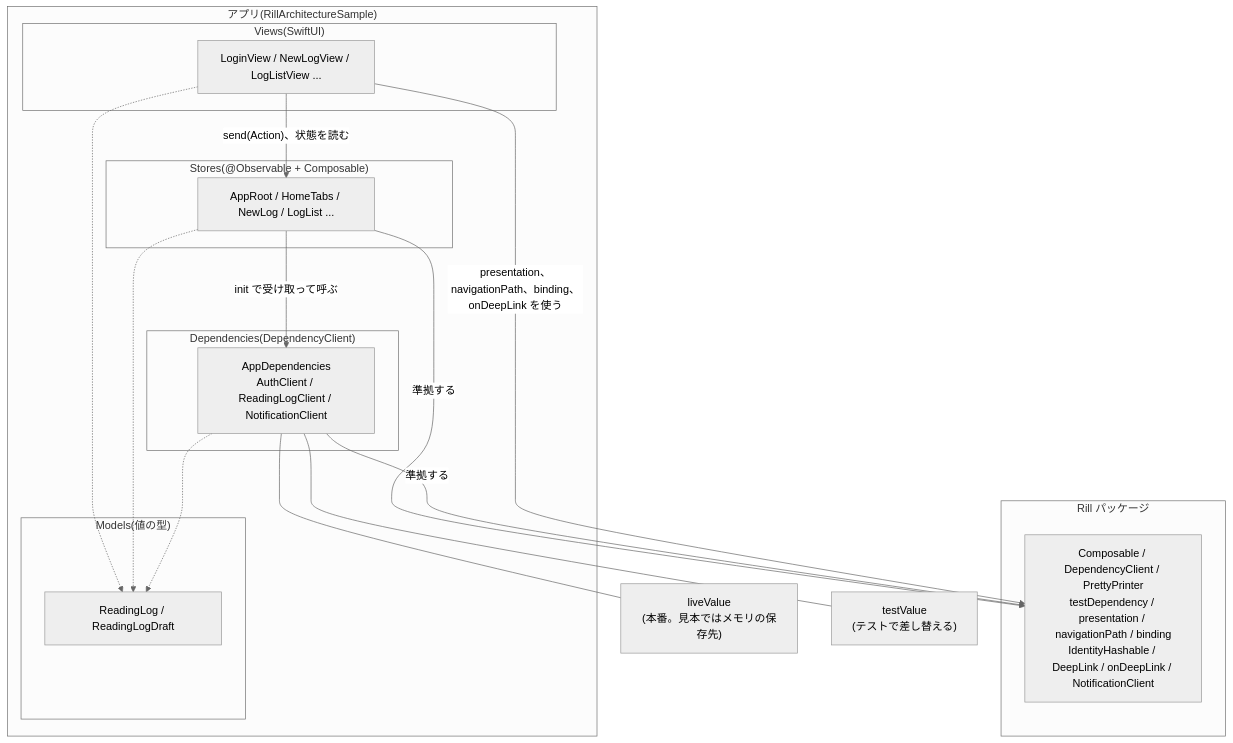
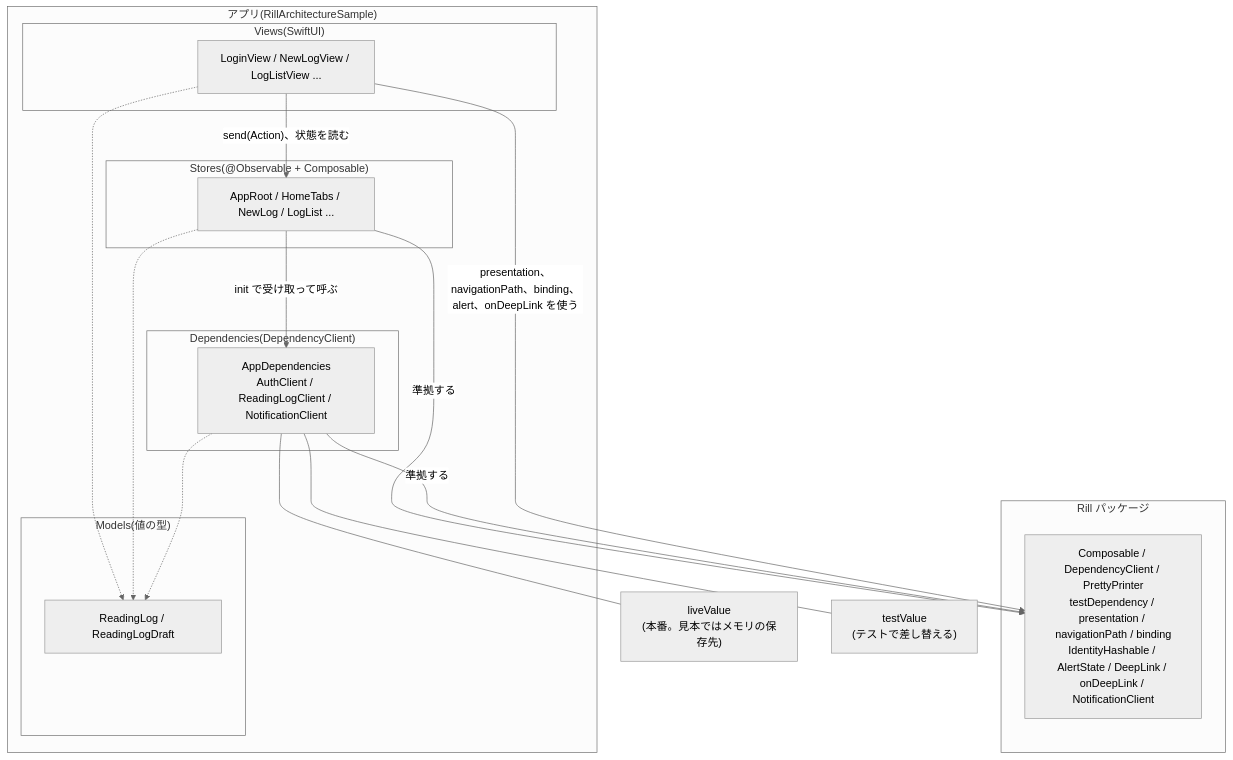
One commit to kz56cd/RillArchitectureSample changed the first of 7 diagrams in docs/architecture.md. Above: the diagram before and after it, drawn with Mermaid (neutral theme). The commit also changed 16 other files, not shown here.

````diff
--- a/docs/architecture.md
+++ b/docs/architecture.md
@@ -11,31 +11,31 @@
 ```mermaid
 flowchart TB
     subgraph App["アプリ(RillArchitectureSample)"]
         subgraph Views["Views(SwiftUI)"]
             V["LoginView / NewLogView / LogListView ..."]
         end
         subgraph Stores["Stores(@Observable + Composable)"]
             S["AppRoot / HomeTabs / NewLog / LogList ..."]
         end
         subgraph Dependencies["Dependencies(DependencyClient)"]
             D["AppDependencies<br/>AuthClient / ReadingLogClient / NotificationClient"]
         end
         subgraph Models["Models(値の型)"]
             M["ReadingLog / ReadingLogDraft"]
         end
     end
     subgraph Package["Rill パッケージ"]
-        P["Composable / DependencyClient / PrettyPrinter<br/>testDependency / presentation / navigationPath / binding<br/>IdentityHashable / DeepLink / onDeepLink / NotificationClient"]
+        P["Composable / DependencyClient / PrettyPrinter<br/>testDependency / presentation / navigationPath / binding<br/>IdentityHashable / AlertState / DeepLink / onDeepLink / NotificationClient"]
     end
     Live["liveValue<br/>(本番。見本ではメモリの保存先)"]
     Test["testValue<br/>(テストで差し替える)"]
 
     V -- "send(Action)、状態を読む" --> S
     S -- "init で受け取って呼ぶ" --> D
     D --- Live
     D --- Test
     V & S & D -.-> M
     S -- "準拠する" --> P
     D -- "準拠する" --> P
-    V -- "presentation、navigationPath、binding、onDeepLink を使う" --> P
+    V -- "presentation、navigationPath、binding、alert、onDeepLink を使う" --> P
 ```
````
